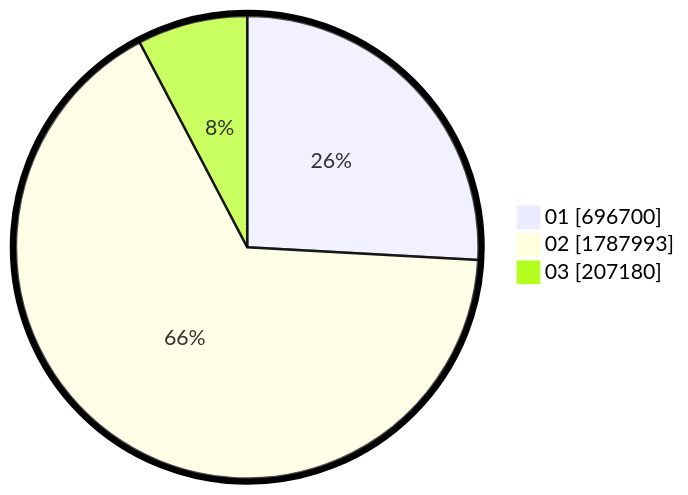
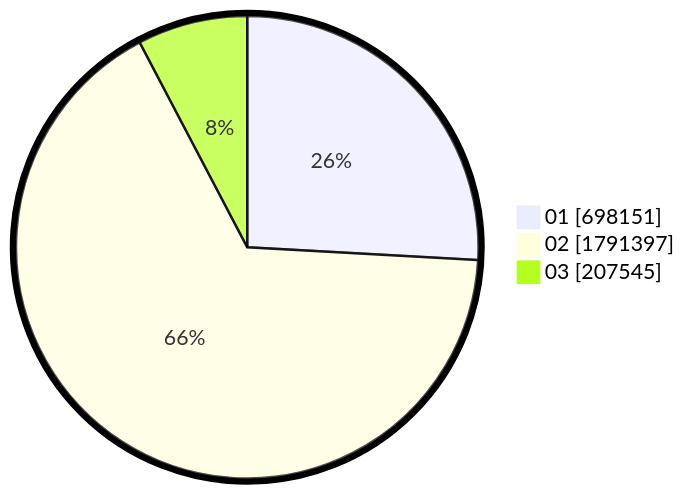
Before and after one commit to gigit-pemilu/pemilu-2024: the second of 2 diagrams in pilpres/hitung-suara/sub/table-wilayah-52.md, drawn with Mermaid. The commit also changed other lines of this file and 10 other files, not shown here.

````diff
--- a/pilpres/hitung-suara/sub/table-wilayah-52.md
+++ b/pilpres/hitung-suara/sub/table-wilayah-52.md
@@ -15,7 +15,7 @@
 ```mermaid
 %%{init: {"pie": {"textPosition": 0.5}, "themeVariables": {"pieOuterStrokeWidth": "5px"}} }%%
 pie showData
-    "01" : 696700
-    "02" : 1787993
-    "03" : 207180
+    "01" : 698151
+    "02" : 1791397
+    "03" : 207545
 ```
````
